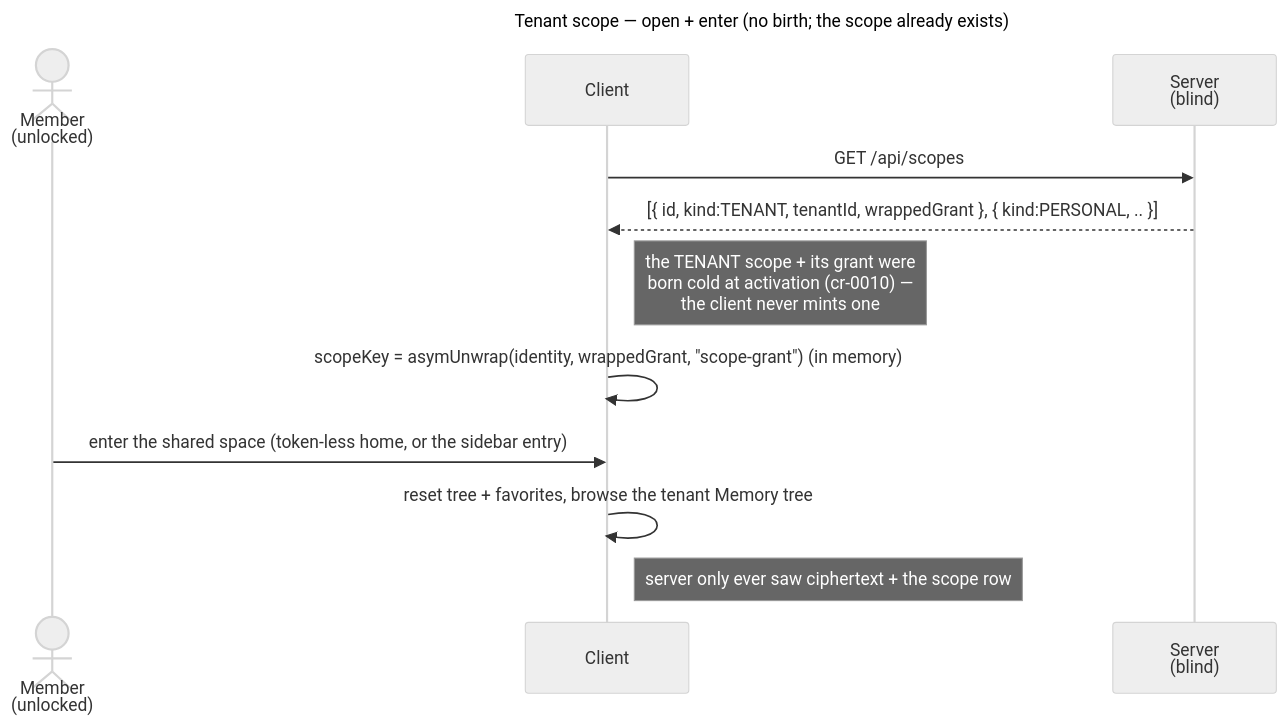
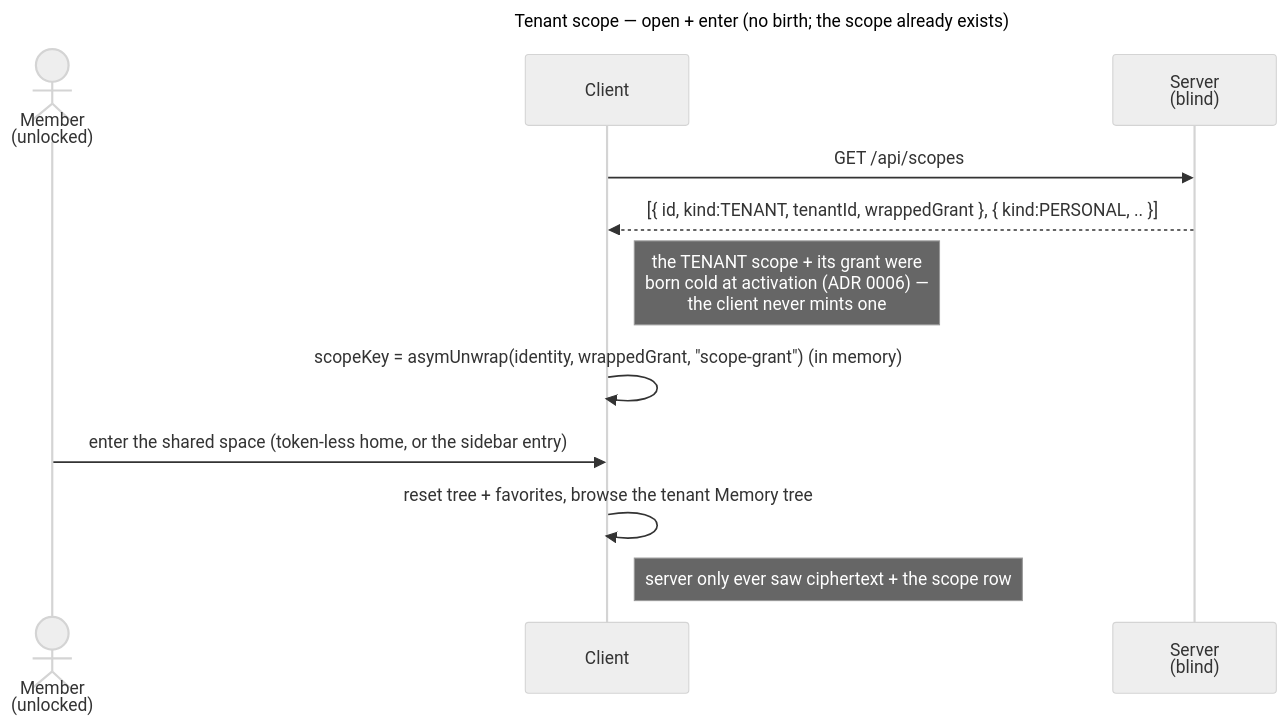
One commit to raddatzk/veyq changed the diagram in docs/features/spaces/enablers/en.spaces.tenant-scope.md. Above: the diagram before and after it, drawn with Mermaid (neutral theme). The commit also changed 56 other files, not shown here.

First line of the commit message:
docs(adr): sharing, scopes, the node tree, storage, mail, privacy and moderation ADRs keep the decision and its why

````diff
--- a/docs/features/spaces/enablers/en.spaces.tenant-scope.md
+++ b/docs/features/spaces/enablers/en.spaces.tenant-scope.md
@@ -73,16 +73,16 @@
 ```mermaid
 ---
 title: Tenant scope — open + enter (no birth; the scope already exists)
 ---
 sequenceDiagram
   actor U as Member<br>(unlocked)
   participant C as Client
   participant S as Server<br>(blind)
   C->>S: GET /api/scopes
   S-->>C: [{ id, kind:TENANT, tenantId, wrappedGrant }, { kind:PERSONAL, .. }]
-  Note right of C: the TENANT scope + its grant were<br>born cold at activation (cr-0010) —<br>the client never mints one
+  Note right of C: the TENANT scope + its grant were<br>born cold at activation (ADR 0006) —<br>the client never mints one
   C->>C: scopeKey = asymUnwrap(identity, wrappedGrant, "scope-grant")  (in memory)
   U->>C: enter the shared space (token-less home, or the sidebar entry)
   C->>C: reset tree + favorites, browse the tenant Memory tree
   Note right of C: server only ever saw ciphertext + the scope row
 ```
````
